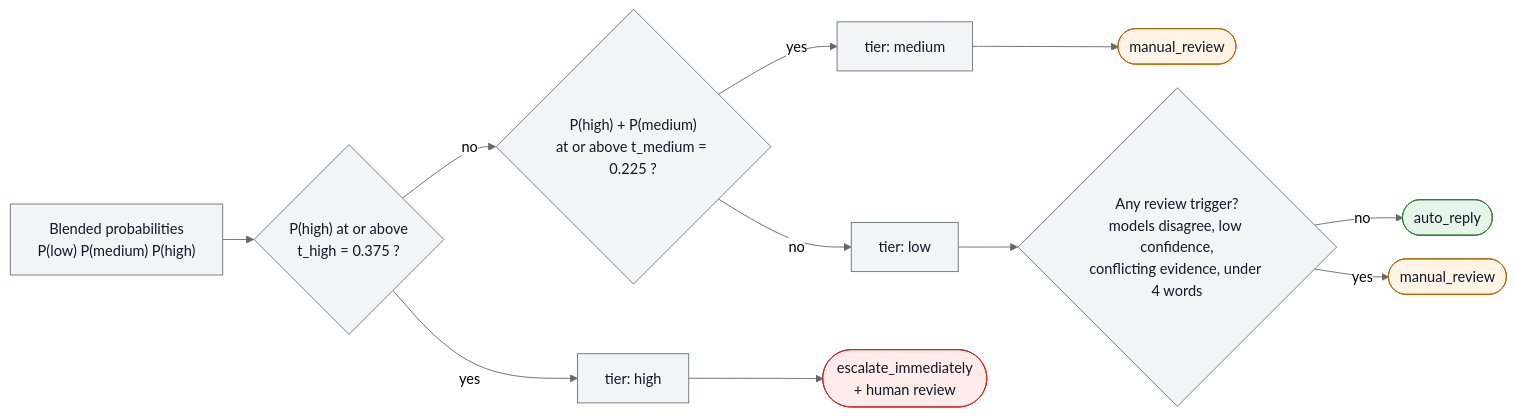
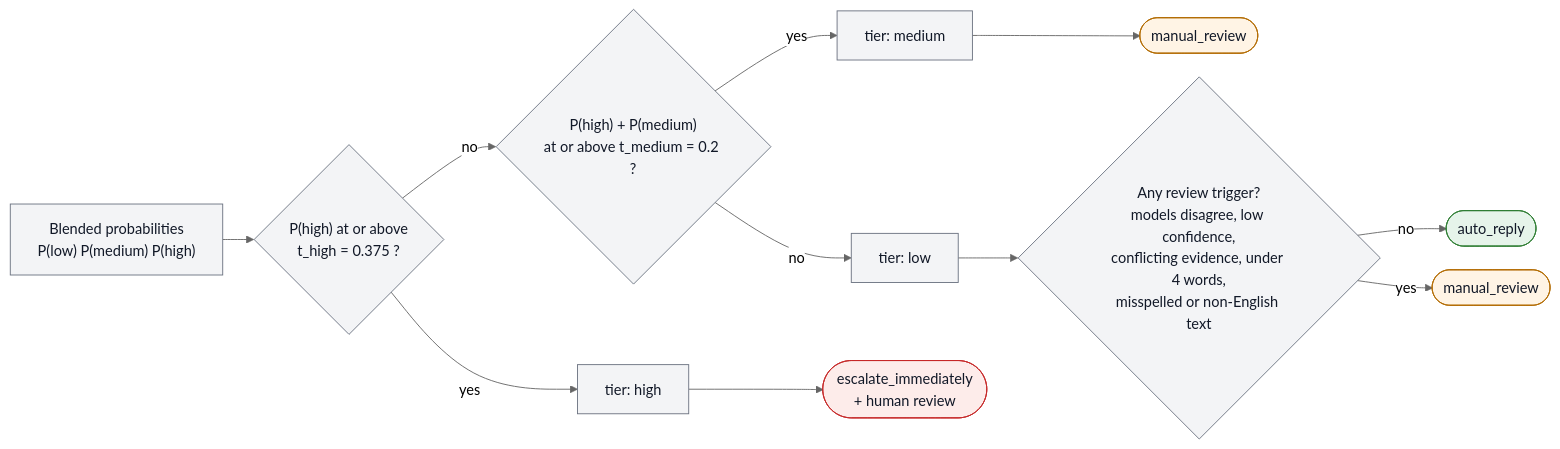
The second of 2 diagrams in README.md (anandapurva55/hybrid-complaint-risk-ai), drawn with Mermaid before and after one commit. The commit also changed other lines of this file and 41 other files, not shown here.

````diff
--- a/README.md
+++ b/README.md
@@ -120,24 +122,24 @@
 ```mermaid
 %%{init: {'theme': 'neutral', 'flowchart': {'curve': 'basis', 'nodeSpacing': 26, 'rankSpacing': 34}}}%%
 flowchart LR
     p["Blended probabilities<br/>P(low) P(medium) P(high)"] --> h{"P(high) at or above<br/>t_high = 0.375 ?"}
     h -- yes --> high["tier: high"]
-    h -- no --> m{"P(high) + P(medium)<br/>at or above t_medium = 0.225 ?"}
+    h -- no --> m{"P(high) + P(medium)<br/>at or above t_medium = 0.2 ?"}
     m -- yes --> med["tier: medium"]
     m -- no --> low["tier: low"]
 
     high --> act1(["escalate_immediately<br/>+ human review"])
     med --> act2(["manual_review"])
-    low --> trig{"Any review trigger?<br/>models disagree, low confidence,<br/>conflicting evidence, under 4 words"}
+    low --> trig{"Any review trigger?<br/>models disagree, low confidence,<br/>conflicting evidence, under 4 words,<br/>misspelled or non-English text"}
     trig -- no --> act3(["auto_reply"])
     trig -- yes --> act2b(["manual_review"])
 
     classDef ok fill:#E6F4EA,stroke:#2E7D32,color:#111827
     classDef warn fill:#FFF4E5,stroke:#B26A00,color:#111827
     classDef bad fill:#FDECEA,stroke:#C62828,color:#111827
     classDef chk fill:#F3F4F6,stroke:#6B7280,color:#111827
     class act3 ok
     class act2,act2b warn
     class act1 bad
     class p,h,m,trig,high,med,low chk
 ```
````
